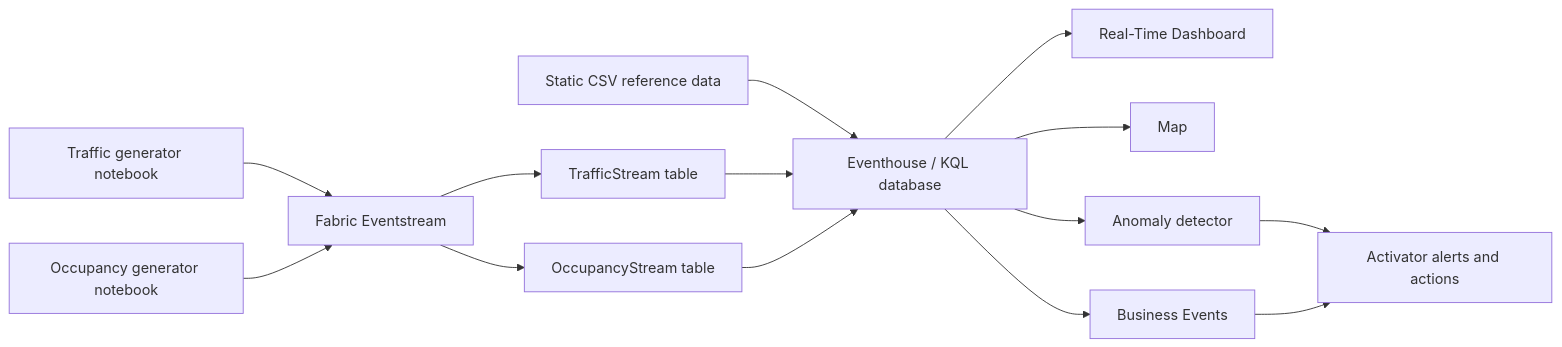
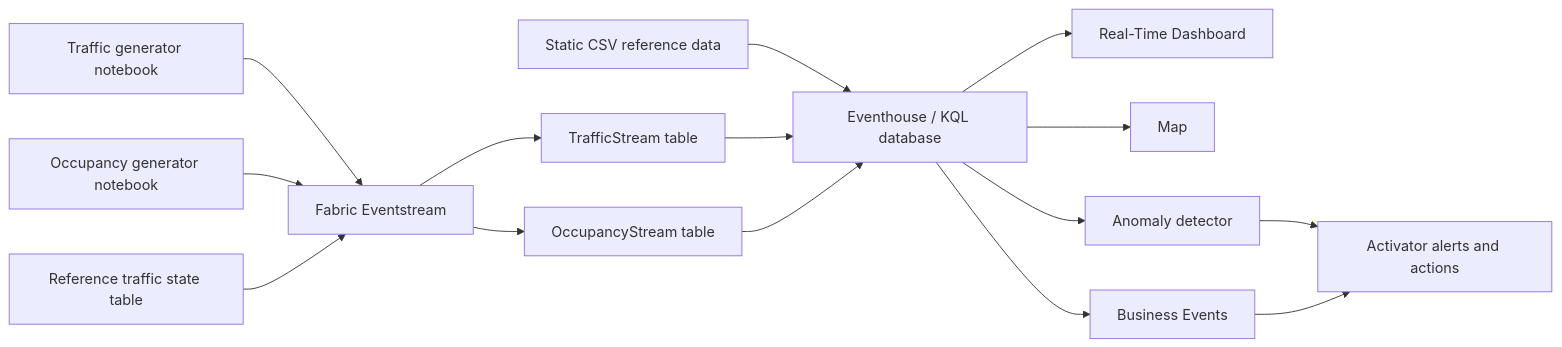
The diagram in README.md (SuryaTejJosyula/FabConSep2026Workshop), drawn with Mermaid before and after one commit. The commit also changed other lines of this file, not shown here.

````diff
--- a/README.md
+++ b/README.md
@@ -17,16 +17,17 @@
 ```mermaid
 flowchart LR
     T[Traffic generator notebook] --> ES[Fabric Eventstream]
     O[Occupancy generator notebook] --> ES
+    P[Reference traffic state table] --> ES
     ES --> TS[TrafficStream table]
     ES --> OS[OccupancyStream table]
     S[Static CSV reference data] --> EH[Eventhouse / KQL database]
     TS --> EH
     OS --> EH
     EH --> RTD[Real-Time Dashboard]
     EH --> MAP[Map]
     EH --> AD[Anomaly detector]
     EH --> BE[Business Events]
     AD --> ACT[Activator alerts and actions]
     BE --> ACT
 ```
````
